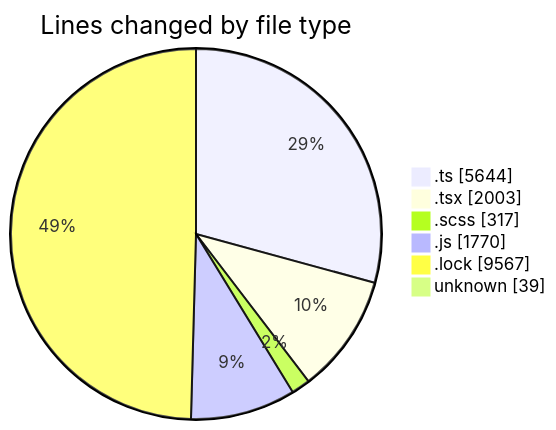
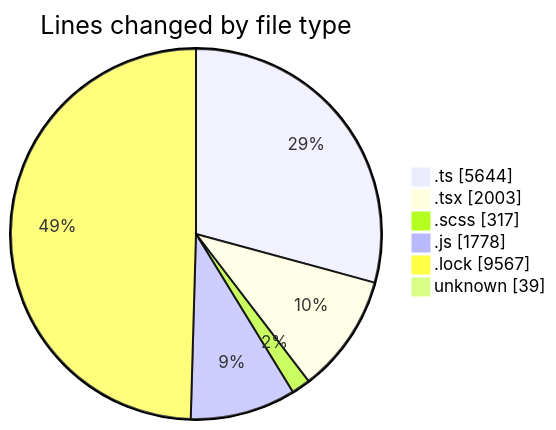
One commit to momahboobian/code-tracking changed the first of 2 diagrams in 2025-03-21/cda/README.md. Above: the diagram before and after it, drawn with Mermaid. The commit also changed other lines of this file and 1 other file, not shown here.

````diff
--- a/2025-03-21/cda/README.md
+++ b/2025-03-21/cda/README.md
@@ -43,10 +43,10 @@
 ```mermaid
 pie showData
 title Lines changed by file type
 ".ts" : 5644
 ".tsx" : 2003
 ".scss" : 317
-".js" : 1770
+".js" : 1778
 ".lock" : 9567
 "unknown" : 39
 ```
````
